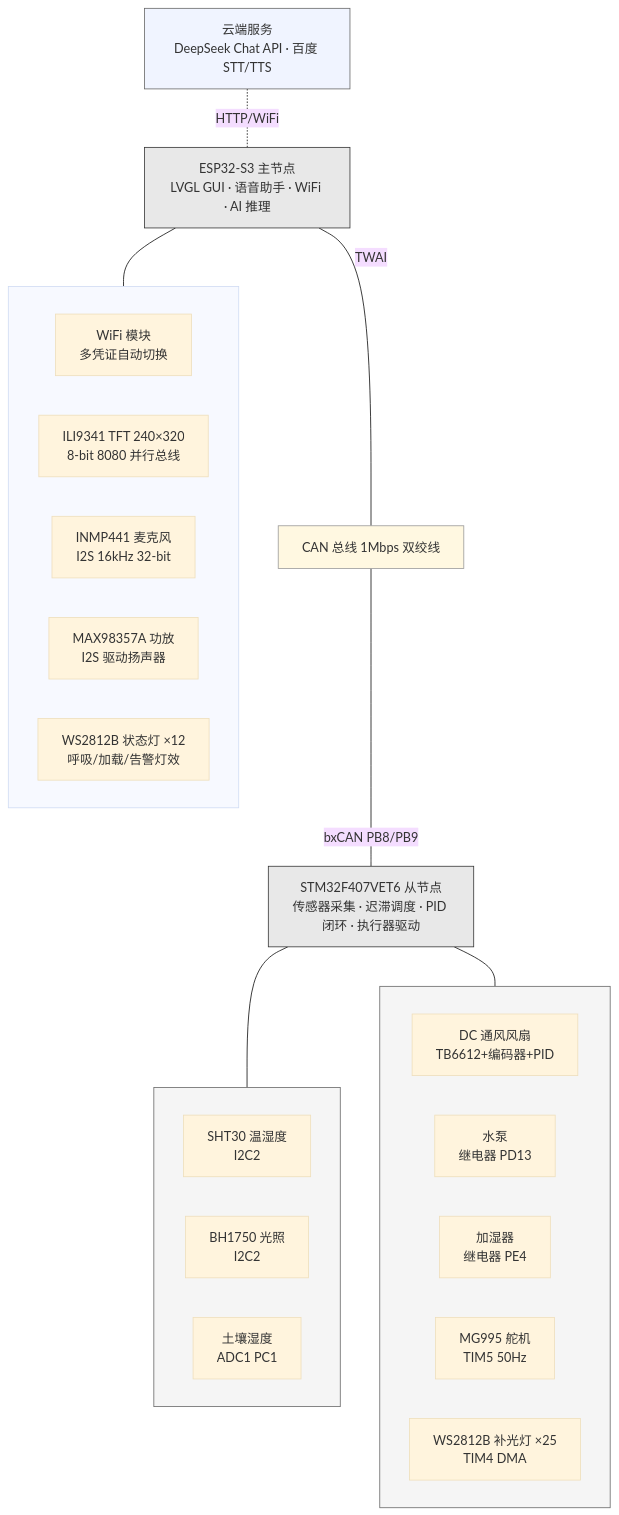
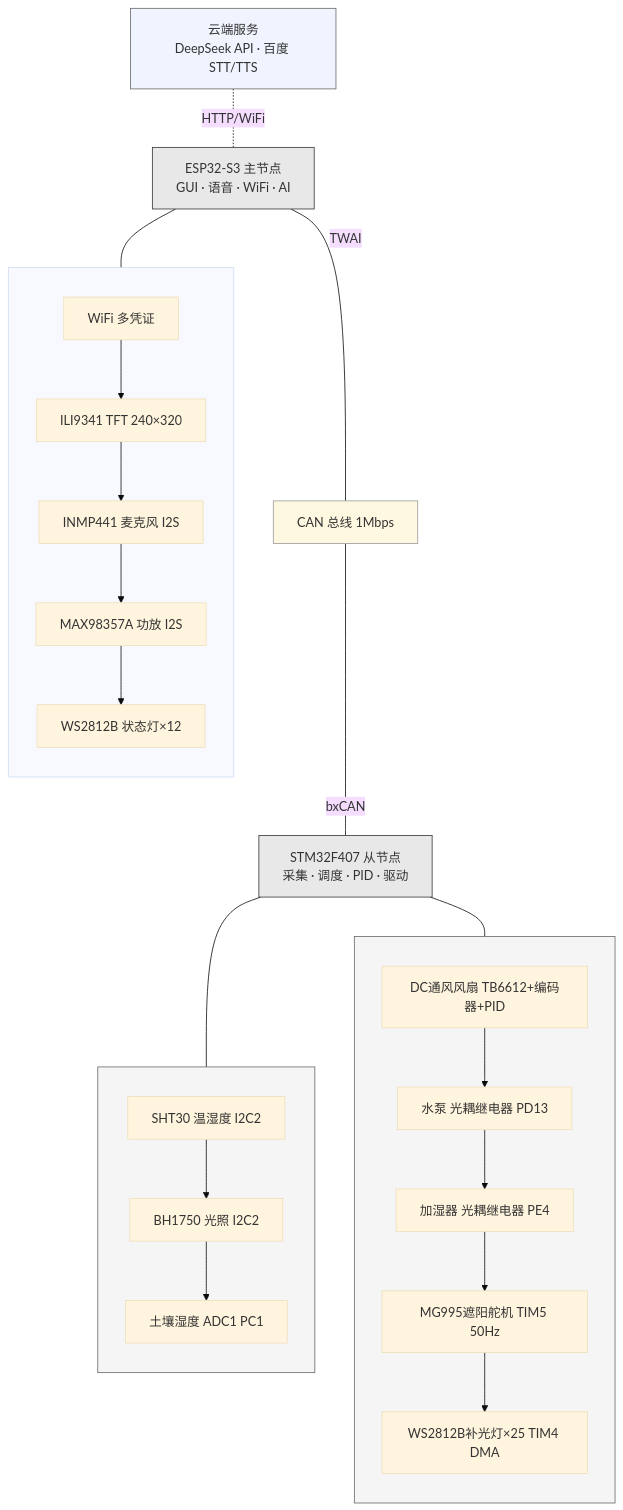
Before and after one commit to yhy-lk/Intelligent_Greenhouse_Document: the diagram in Docs/images/hardware_block_diagram.mmd, drawn with Mermaid. The commit also changed 10 other files, not shown here.

First line of the commit message:
docs: 统一图片路径并简化硬件框图

```diff
--- a/Docs/images/hardware_block_diagram.mmd
+++ b/Docs/images/hardware_block_diagram.mmd
@@ -1,45 +1,35 @@
 %%{init: {'theme': 'base'}}%%
 graph TD
-    CLOUD["云端服务<br/>DeepSeek Chat API · 百度 STT/TTS"]
-
-    ESP32["ESP32-S3 主节点<br/>LVGL GUI · 语音助手 · WiFi · AI 推理"]
-
-    subgraph ESP32_PERIPH[" "]
-        WIFI["WiFi 模块<br/>多凭证自动切换"]
-        TFT["ILI9341 TFT 240×320<br/>8-bit 8080 并行总线"]
-        MIC["INMP441 麦克风<br/>I2S 16kHz 32-bit"]
-        AMP["MAX98357A 功放<br/>I2S 驱动扬声器"]
-        STATUS_LED["WS2812B 状态灯 ×12<br/>呼吸/加载/告警灯效"]
-    end
-
-    CANBUS["CAN 总线 1Mbps 双绞线"]
-
-    STM32["STM32F407VET6 从节点<br/>传感器采集 · 迟滞调度 · PID 闭环 · 执行器驱动"]
-
-    subgraph SENSORS[" "]
-        SHT30["SHT30 温湿度<br/>I2C2"]
-        BH1750["BH1750 光照<br/>I2C2"]
-        SOIL["土壤湿度<br/>ADC1 PC1"]
-    end
-
-    subgraph ACTUATORS[" "]
-        FAN["DC 通风风扇<br/>TB6612+编码器+PID"]
-        PUMP["水泵<br/>继电器 PD13"]
-        HUM["加湿器<br/>继电器 PE4"]
-        SERVO["MG995 舵机<br/>TIM5 50Hz"]
-        LED["WS2812B 补光灯 ×25<br/>TIM4 DMA"]
-    end
+    CLOUD["云端服务<br/>DeepSeek API · 百度 STT/TTS"]
+    ESP32["ESP32-S3 主节点<br/>GUI · 语音 · WiFi · AI"]
+    CANBUS["CAN 总线 1Mbps"]
+    STM32["STM32F407 从节点<br/>采集 · 调度 · PID · 驱动"]
 
     CLOUD -.-|"HTTP/WiFi"| ESP32
     ESP32 ---|"TWAI"| CANBUS
-    CANBUS ---|"bxCAN PB8/PB9"| STM32
-    ESP32 --- ESP32_PERIPH
-    STM32 --- SENSORS
-    STM32 --- ACTUATORS
+    CANBUS ---|"bxCAN"| STM32
+
+    subgraph ESP32_PERI[" "]
+        direction TB
+        WIFI["WiFi 多凭证"] --> TFT["ILI9341 TFT 240×320"] --> MIC["INMP441 麦克风 I2S"] --> AMP["MAX98357A 功放 I2S"] --> LED1["WS2812B 状态灯×12"]
+    end
+    ESP32 --- ESP32_PERI
+
+    subgraph SENS[" "]
+        direction TB
+        SHT30["SHT30 温湿度 I2C2"] --> BH1750["BH1750 光照 I2C2"] --> SOIL["土壤湿度 ADC1 PC1"]
+    end
+    STM32 --- SENS
+
+    subgraph ACT[" "]
+        direction TB
+        FAN["DC通风风扇 TB6612+编码器+PID"] --> PUMP["水泵 光耦继电器 PD13"] --> HUM["加湿器 光耦继电器 PE4"] --> SERVO["MG995遮阳舵机 TIM5 50Hz"] --> LED2["WS2812B补光灯×25 TIM4 DMA"]
+    end
+    STM32 --- ACT
 
     style ESP32 fill:#e8e8e8,stroke:#333
     style STM32 fill:#e8e8e8,stroke:#333
     style CANBUS fill:#fff8e1,stroke:#999
     style CLOUD fill:#f0f4ff,stroke:#666
-    style SENSORS fill:#f5f5f5,stroke:#666
-    style ACTUATORS fill:#f5f5f5,stroke:#666
+    style SENS fill:#f5f5f5,stroke:#666
+    style ACT fill:#f5f5f5,stroke:#666
```
